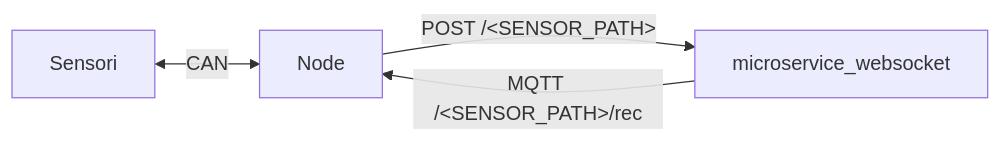
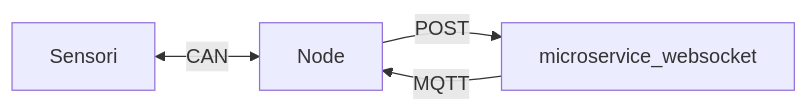
Before and after one commit to monemasrl/irma: the first of 2 diagrams in node/node.md, drawn with Mermaid. The commit also changed other lines of this file and 2 other files, not shown here.

````diff
--- a/node/node.md
+++ b/node/node.md
@@ -5,10 +5,10 @@
 ```mermaid
 flowchart LR
   node[Node]
   sensori[Sensori]
   msw[microservice_websocket]
 
   sensori <-- CAN --> node
-  node -- POST /&ltSENSOR_PATH&gt --> msw
-  msw -- MQTT /&ltSENSOR_PATH&gt/rec --> node
+  node -- POST --> msw
+  msw -- MQTT --> node
 ```
````
